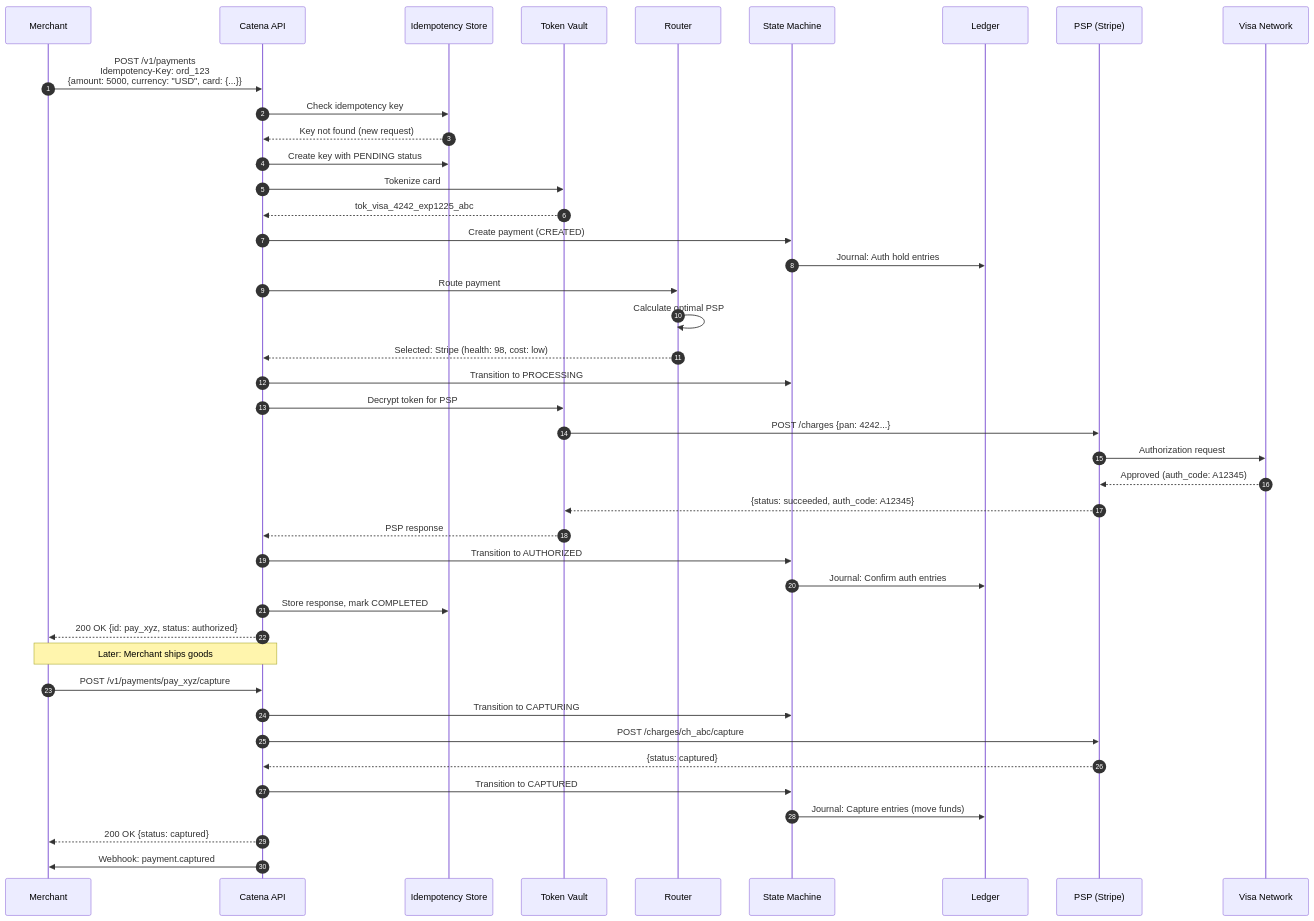
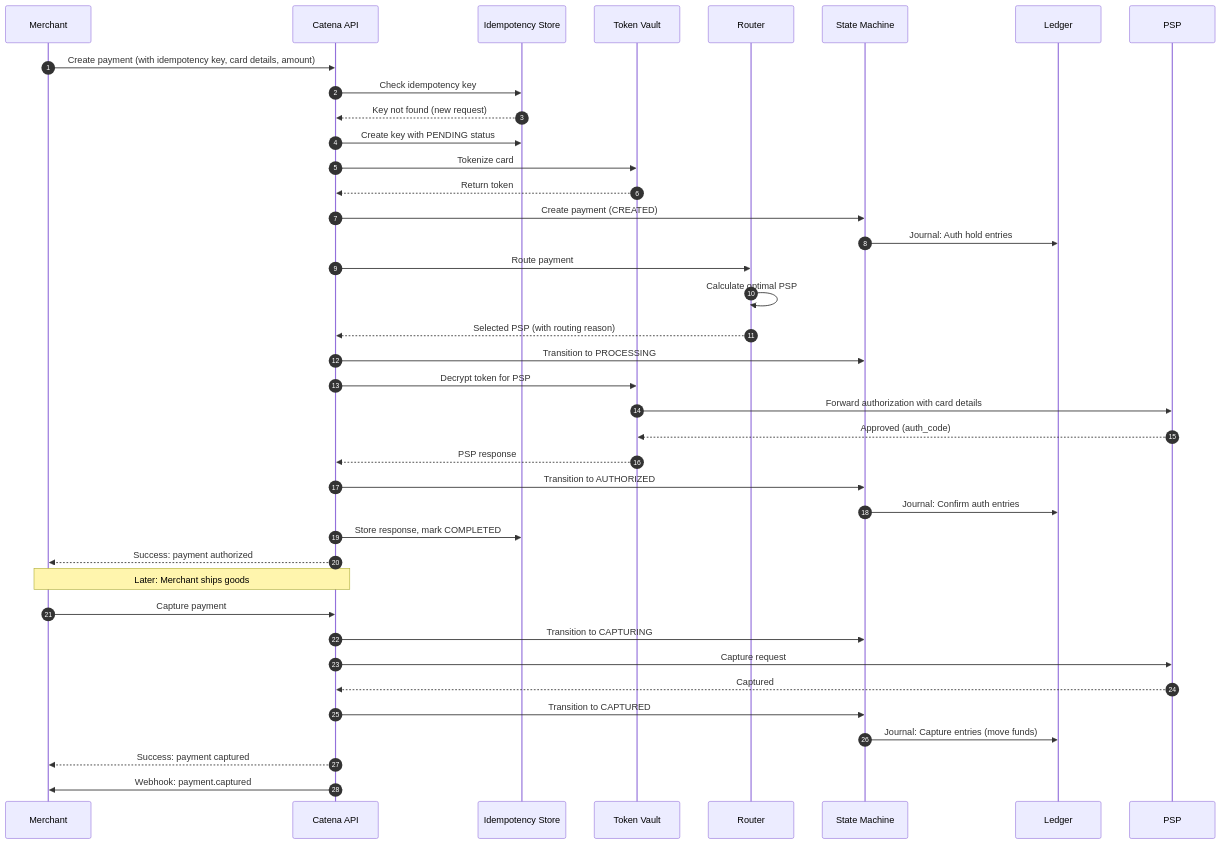
One commit to ashishthakur913/catenadocs changed the fifth of 15 diagrams in PRD.md. Above: the diagram before and after it, drawn with Mermaid. The commit also changed other lines of this file and 1 other file, not shown here.

````diff
--- a/PRD.md
+++ b/PRD.md
@@ -663,47 +547,44 @@
 ```mermaid
 sequenceDiagram
     autonumber
     participant M as Merchant
     participant C as Catena API
     participant I as Idempotency Store
     participant V as Token Vault
     participant R as Router
     participant S as State Machine
     participant L as Ledger
-    participant P as PSP (Stripe)
-    participant N as Visa Network
+    participant P as PSP
     
-    M->>C: POST /v1/payments<br/>Idempotency-Key: ord_123<br/>{amount: 5000, currency: "USD", card: {...}}
+    M->>C: Create payment (with idempotency key, card details, amount)
     C->>I: Check idempotency key
     I-->>C: Key not found (new request)
     C->>I: Create key with PENDING status
     C->>V: Tokenize card
-    V-->>C: tok_visa_4242_exp1225_abc
+    V-->>C: Return token
     C->>S: Create payment (CREATED)
     S->>L: Journal: Auth hold entries
     C->>R: Route payment
     R->>R: Calculate optimal PSP
-    R-->>C: Selected: Stripe (health: 98, cost: low)
+    R-->>C: Selected PSP (with routing reason)
     C->>S: Transition to PROCESSING
     C->>V: Decrypt token for PSP
-    V->>P: POST /charges {pan: 4242...}
-    P->>N: Authorization request
-    N-->>P: Approved (auth_code: A12345)
-    P-->>V: {status: succeeded, auth_code: A12345}
+    V->>P: Forward authorization with card details
+    P-->>V: Approved (auth_code)
     V-->>C: PSP response
     C->>S: Transition to AUTHORIZED
     S->>L: Journal: Confirm auth entries
     C->>I: Store response, mark COMPLETED
-    C-->>M: 200 OK {id: pay_xyz, status: authorized}
+    C-->>M: Success: payment authorized
     
     Note over M,C: Later: Merchant ships goods
     
-    M->>C: POST /v1/payments/pay_xyz/capture
+    M->>C: Capture payment
     C->>S: Transition to CAPTURING
-    C->>P: POST /charges/ch_abc/capture
-    P-->>C: {status: captured}
+    C->>P: Capture request
+    P-->>C: Captured
     C->>S: Transition to CAPTURED
     S->>L: Journal: Capture entries (move funds)
-    C-->>M: 200 OK {status: captured}
+    C-->>M: Success: payment captured
     C->>M: Webhook: payment.captured
 ```
````
